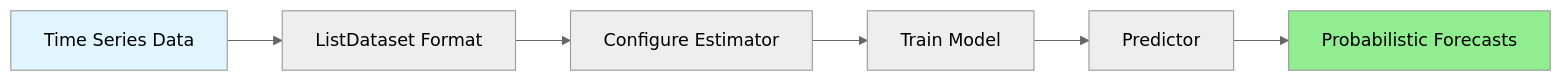
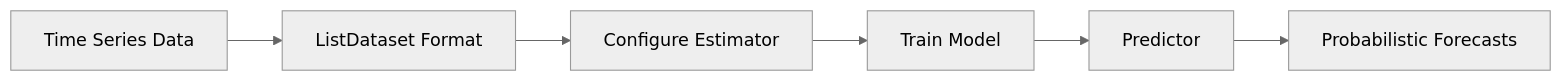
Before and after one commit to gpsaggese-org/umd_classes: the second of 4 diagrams in tutorials/blog_GluonTS.md, drawn with Mermaid (neutral theme). The commit also changed other lines of this file, not shown here.

````diff
--- a/tutorials/blog_GluonTS.md
+++ b/tutorials/blog_GluonTS.md
@@ -118,11 +88,9 @@
 ```mermaid
 flowchart LR
     A[Time Series Data] --> B[ListDataset Format]
     B --> C[Configure Estimator]
     C --> D[Train Model]
     D --> E[Predictor]
     E --> F[Probabilistic Forecasts]
     
-    style A fill:#e1f5ff
-    style F fill:#90ee90
 ```
````
